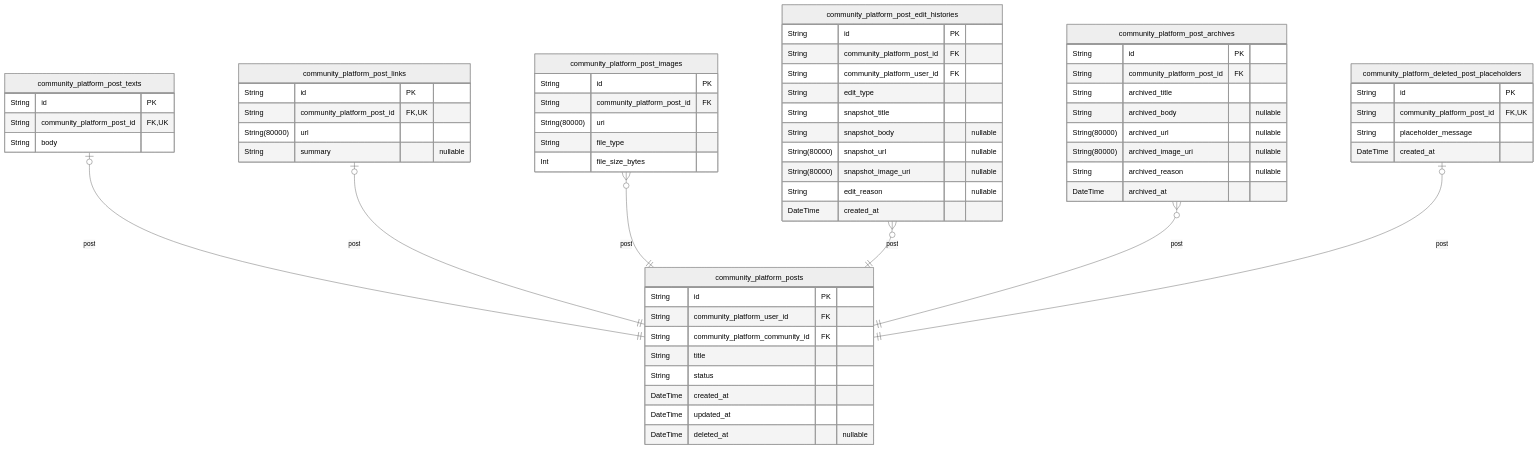
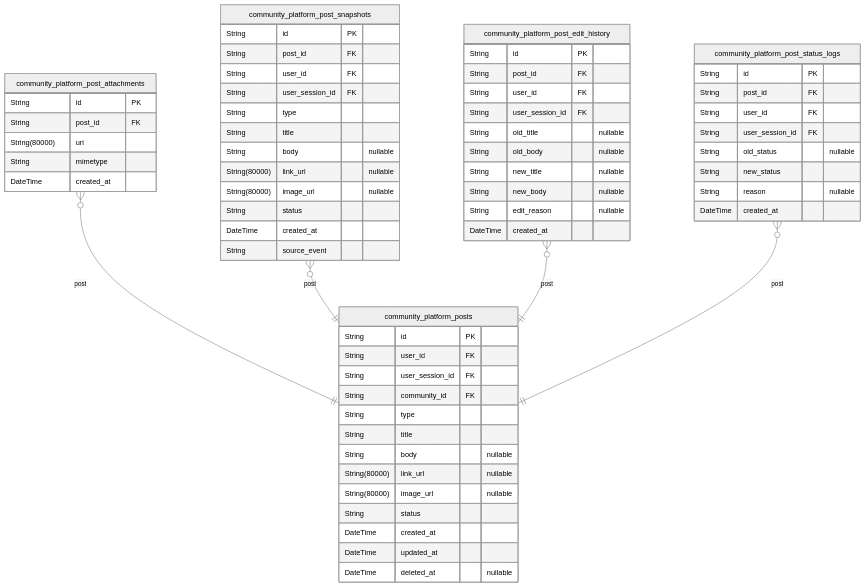
The fourth of 11 diagrams in openai/gpt-4.1/reddit/docs/ERD.md (wrtnlabs/autobe-examples), drawn with Mermaid (neutral theme) before and after one commit. The commit also changed other lines of this file and 22498 other files, not shown here.

````diff
--- a/openai/gpt-4.1/reddit/docs/ERD.md
+++ b/openai/gpt-4.1/reddit/docs/ERD.md
@@ -574,65 +757,65 @@
 ```mermaid
 erDiagram
 "community_platform_posts" {
   String id PK
-  String community_platform_user_id FK
-  String community_platform_community_id FK
+  String user_id FK
+  String user_session_id FK
+  String community_id FK
+  String type
   String title
+  String body "nullable"
+  String(80000) link_url "nullable"
+  String(80000) image_url "nullable"
   String status
   DateTime created_at
   DateTime updated_at
   DateTime deleted_at "nullable"
 }
-"community_platform_post_texts" {
+"community_platform_post_attachments" {
   String id PK
-  String community_platform_post_id FK,UK
-  String body
+  String post_id FK
+  String(80000) uri
+  String mimetype
+  DateTime created_at
 }
-"community_platform_post_links" {
+"community_platform_post_snapshots" {
   String id PK
-  String community_platform_post_id FK,UK
-  String(80000) url
-  String summary "nullable"
+  String post_id FK
+  String user_id FK
+  String user_session_id FK
+  String type
+  String title
+  String body "nullable"
+  String(80000) link_url "nullable"
+  String(80000) image_url "nullable"
+  String status
+  DateTime created_at
+  String source_event
 }
-"community_platform_post_images" {
+"community_platform_post_edit_history" {
   String id PK
-  String community_platform_post_id FK
-  String(80000) uri
-  String file_type
-  Int file_size_bytes
-}
-"community_platform_post_edit_histories" {
-  String id PK
-  String community_platform_post_id FK
-  String community_platform_user_id FK
-  String edit_type
-  String snapshot_title
-  String snapshot_body "nullable"
-  String(80000) snapshot_url "nullable"
-  String(80000) snapshot_image_uri "nullable"
+  String post_id FK
+  String user_id FK
+  String user_session_id FK
+  String old_title "nullable"
+  String old_body "nullable"
+  String new_title "nullable"
+  String new_body "nullable"
   String edit_reason "nullable"
   DateTime created_at
 }
-"community_platform_post_archives" {
+"community_platform_post_status_logs" {
   String id PK
-  String community_platform_post_id FK
-  String archived_title
-  String archived_body "nullable"
-  String(80000) archived_url "nullable"
-  String(80000) archived_image_uri "nullable"
-  String archived_reason "nullable"
-  DateTime archived_at
-}
-"community_platform_deleted_post_placeholders" {
-  String id PK
-  String community_platform_post_id FK,UK
-  String placeholder_message
+  String post_id FK
+  String user_id FK
+  String user_session_id FK
+  String old_status "nullable"
+  String new_status
+  String reason "nullable"
   DateTime created_at
 }
-"community_platform_post_texts" |o--|| "community_platform_posts" : post
-"community_platform_post_links" |o--|| "community_platform_posts" : post
-"community_platform_post_images" }o--|| "community_platform_posts" : post
-"community_platform_post_edit_histories" }o--|| "community_platform_posts" : post
-"community_platform_post_archives" }o--|| "community_platform_posts" : post
-"community_platform_deleted_post_placeholders" |o--|| "community_platform_posts" : post
+"community_platform_post_attachments" }o--|| "community_platform_posts" : post
+"community_platform_post_snapshots" }o--|| "community_platform_posts" : post
+"community_platform_post_edit_history" }o--|| "community_platform_posts" : post
+"community_platform_post_status_logs" }o--|| "community_platform_posts" : post
 ```
````
